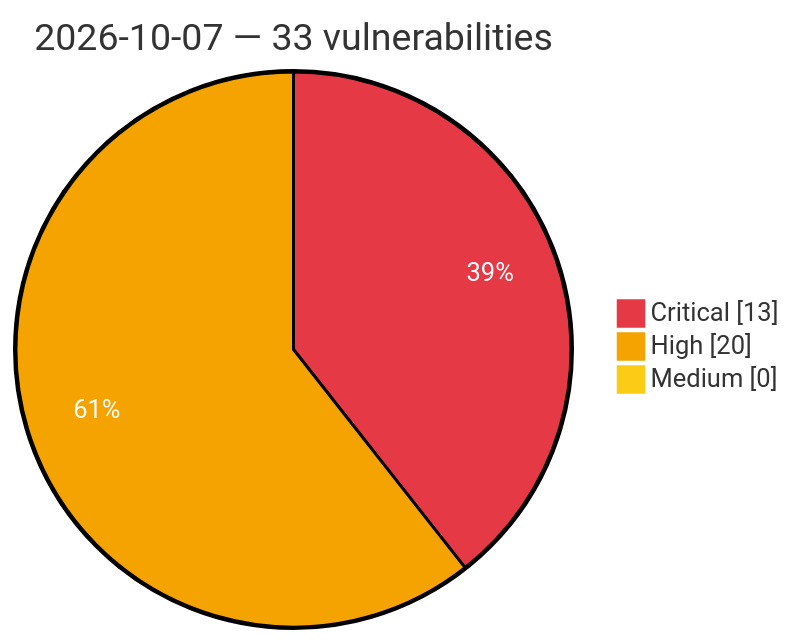
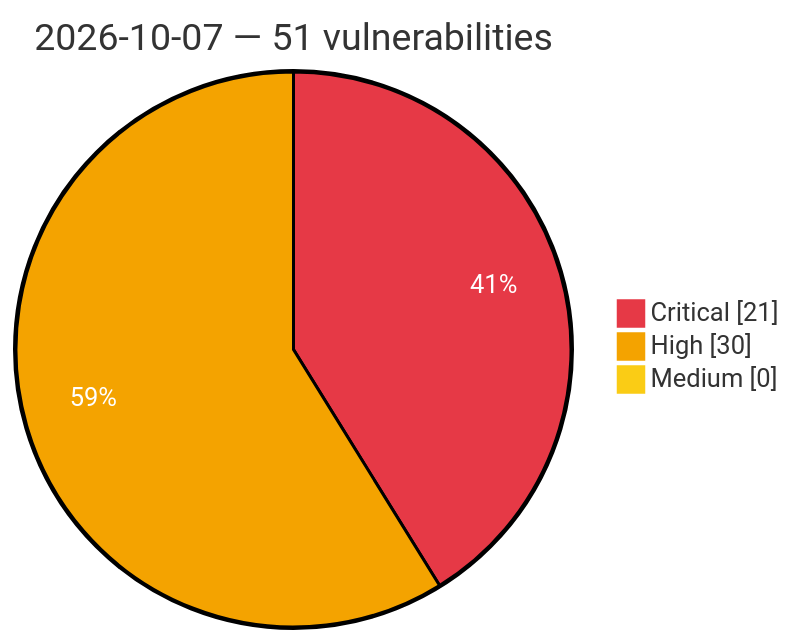
The diagram in vulnerabilities/2026/October/2026-10-07.md (GhostX0X/vuln-tracker), drawn with Mermaid before and after one commit. The commit also changed other lines of this file and 5 other files, not shown here.

Commit message:
Auto update: critical/high vulns (2026-10-07 16:45 UTC)

````diff
--- a/vulnerabilities/2026/October/2026-10-07.md
+++ b/vulnerabilities/2026/October/2026-10-07.md
@@ -3,8 +3,8 @@
 ```mermaid
 %%{init: {'theme':'base', 'themeVariables': {'pie1':'#e63946', 'pie2':'#f4a300', 'pie3':'#facc15', 'pieOpacity':'1', 'pieOuterStrokeWidth':'2px', 'pieSectionTextColor':'#ffffff'}}}%%
 pie showData
-    title 2026-10-07 — 33 vulnerabilities
-    "Critical" : 13
-    "High" : 20
+    title 2026-10-07 — 51 vulnerabilities
+    "Critical" : 21
+    "High" : 30
     "Medium" : 0
 ```
````
